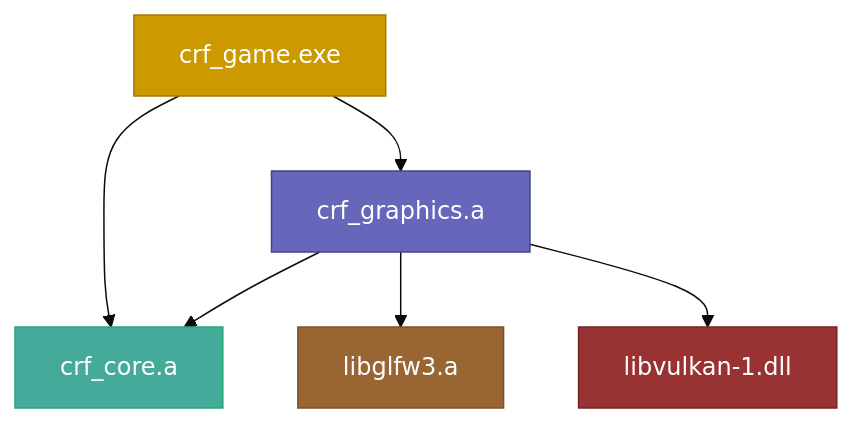
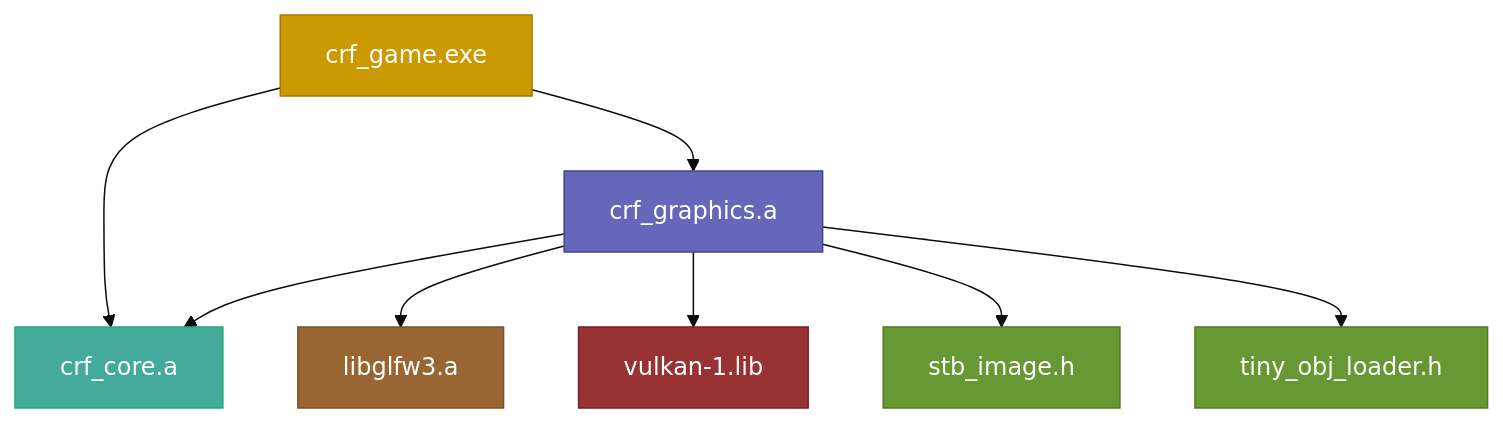
One commit to BiggieBranose/Chronica-Regna-Fractorum changed the first of 5 diagrams in Code/README.md. Above: the diagram before and after it, drawn with Mermaid (base theme). The commit also changed other lines of this file, not shown here.

````diff
--- a/Code/README.md
+++ b/Code/README.md
@@ -120,13 +164,17 @@
 ```mermaid
 graph TD
     GAME[crf_game.exe] --> CORE[crf_core.a]
     GAME --> GRAPHICS[crf_graphics.a]
     GRAPHICS --> CORE
     GRAPHICS --> GLFW[libglfw3.a]
-    GRAPHICS --> VULKAN[libvulkan-1.dll]
+    GRAPHICS --> VULKAN[vulkan-1.lib]
+    GRAPHICS --> STB[stb_image.h]
+    GRAPHICS --> TINYOBJ[tiny_obj_loader.h]
     style CORE fill:#4a9,stroke:#2a7,color:#fff
     style GRAPHICS fill:#66b,stroke:#448,color:#fff
     style GAME fill:#c90,stroke:#a70,color:#fff
     style GLFW fill:#963,stroke:#752,color:#fff
     style VULKAN fill:#933,stroke:#722,color:#fff
+    style STB fill:#693,stroke:#572,color:#fff
+    style TINYOBJ fill:#693,stroke:#572,color:#fff
 ```
````
